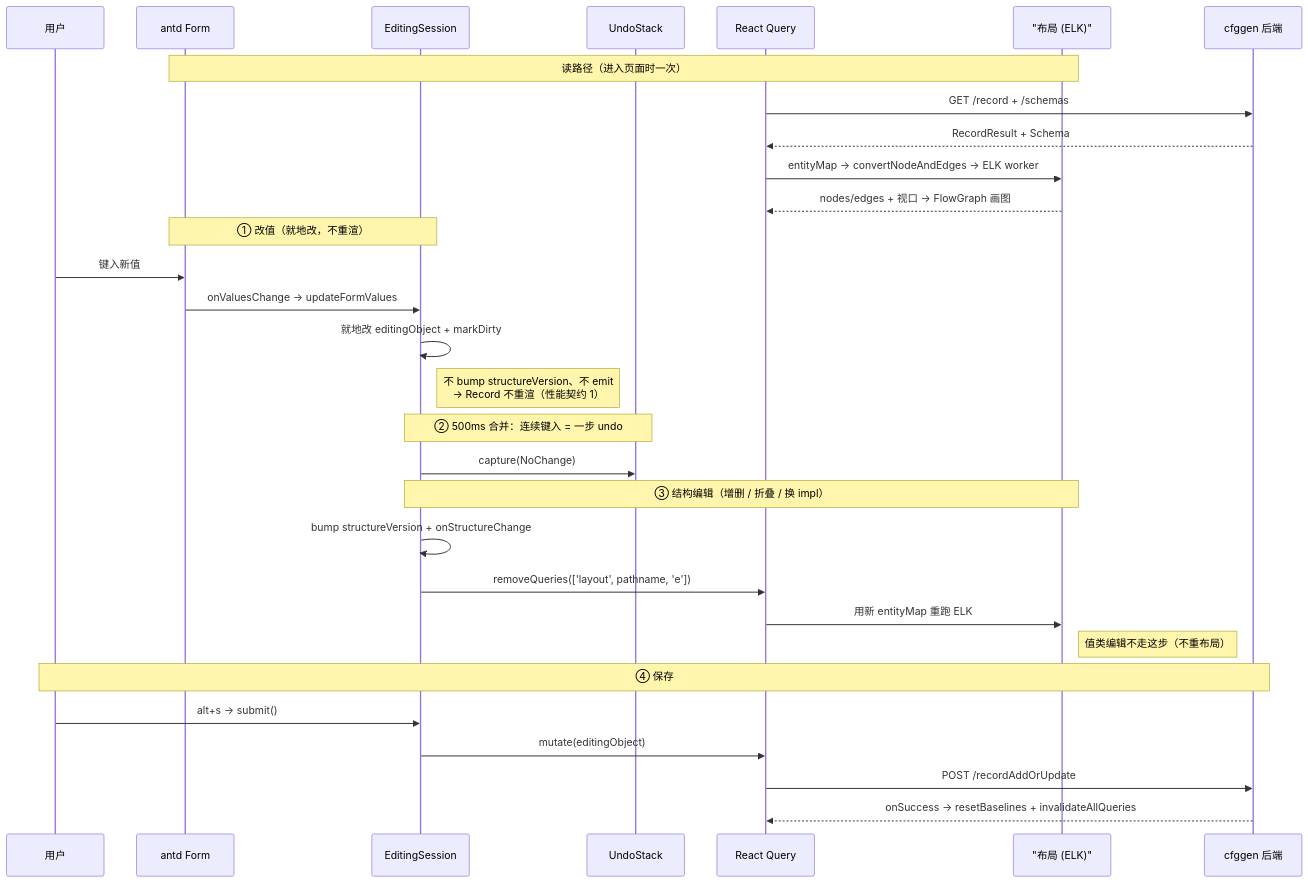
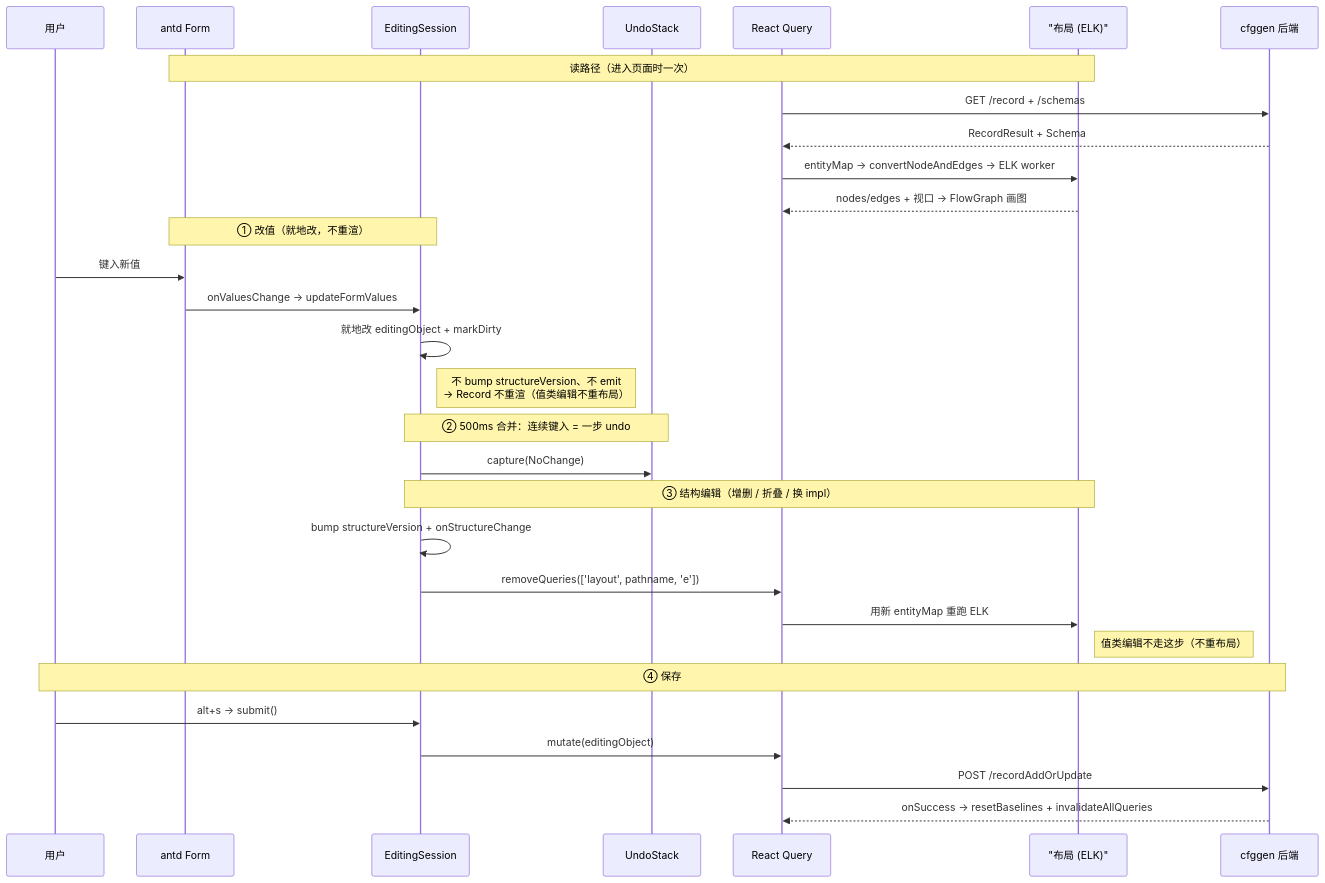
The diagram in cfgeditor/docs/README.md (stallboy/cfggen), drawn with Mermaid before and after one commit. The commit also changed other lines of this file and 10 other files, not shown here.

````diff
--- a/cfgeditor/docs/README.md
+++ b/cfgeditor/docs/README.md
@@ -60,37 +60,37 @@
 ```mermaid
 sequenceDiagram
     participant U as 用户
     participant F as antd Form
     participant S as EditingSession
     participant UN as UndoStack
     participant Q as React Query
     participant L as "布局 (ELK)"
     participant B as cfggen 后端
 
     Note over F,L: 读路径（进入页面时一次）
     Q->>B: GET /record + /schemas
     B-->>Q: RecordResult + Schema
     Q->>L: entityMap → convertNodeAndEdges → ELK worker
     L-->>Q: nodes/edges + 视口 → FlowGraph 画图
 
     Note over F,S: ① 改值（就地改，不重渲）
     U->>F: 键入新值
     F->>S: onValuesChange → updateFormValues
     S->>S: 就地改 editingObject + markDirty
-    Note right of S: 不 bump structureVersion、不 emit<br/>→ Record 不重渲（性能契约 1）
+    Note right of S: 不 bump structureVersion、不 emit<br/>→ Record 不重渲（值类编辑不重布局）
 
     Note over S,UN: ② 500ms 合并：连续键入 = 一步 undo
     S->>UN: capture(NoChange)
 
     Note over S,L: ③ 结构编辑（增删 / 折叠 / 换 impl）
     S->>S: bump structureVersion + onStructureChange
     S->>Q: removeQueries(['layout', pathname, 'e'])
     Q->>L: 用新 entityMap 重跑 ELK
     Note right of L: 值类编辑不走这步（不重布局）
 
     Note over U,B: ④ 保存
     U->>S: alt+s → submit()
     S->>Q: mutate(editingObject)
     Q->>B: POST /recordAddOrUpdate
     B-->>Q: onSuccess → resetBaselines + invalidateAllQueries
 ```
````
